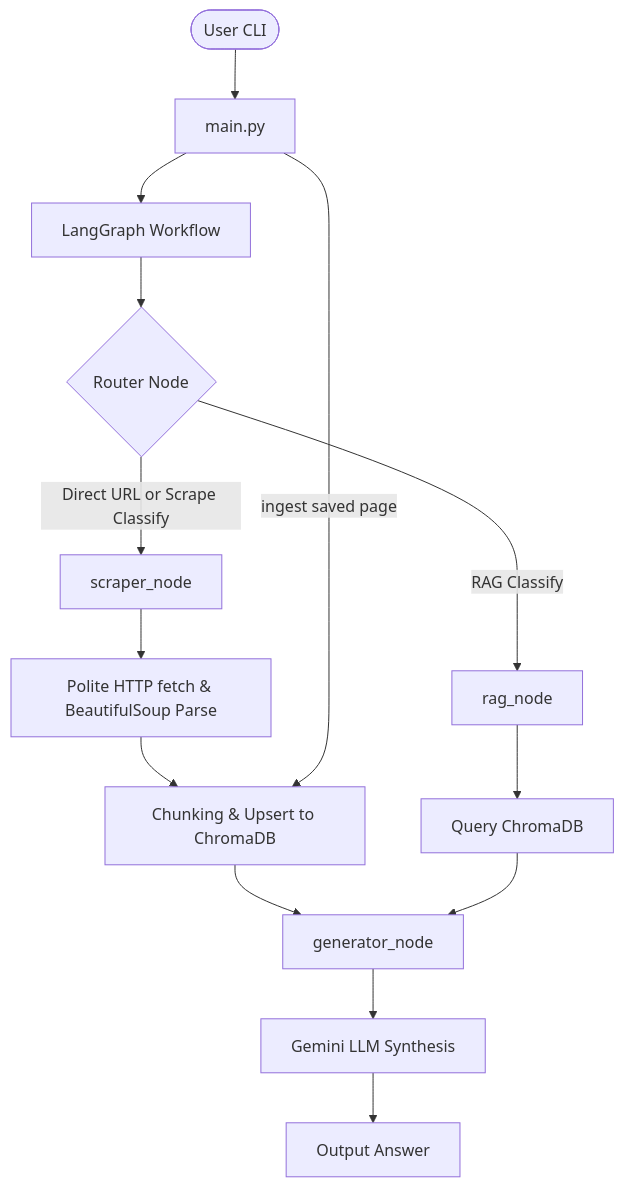
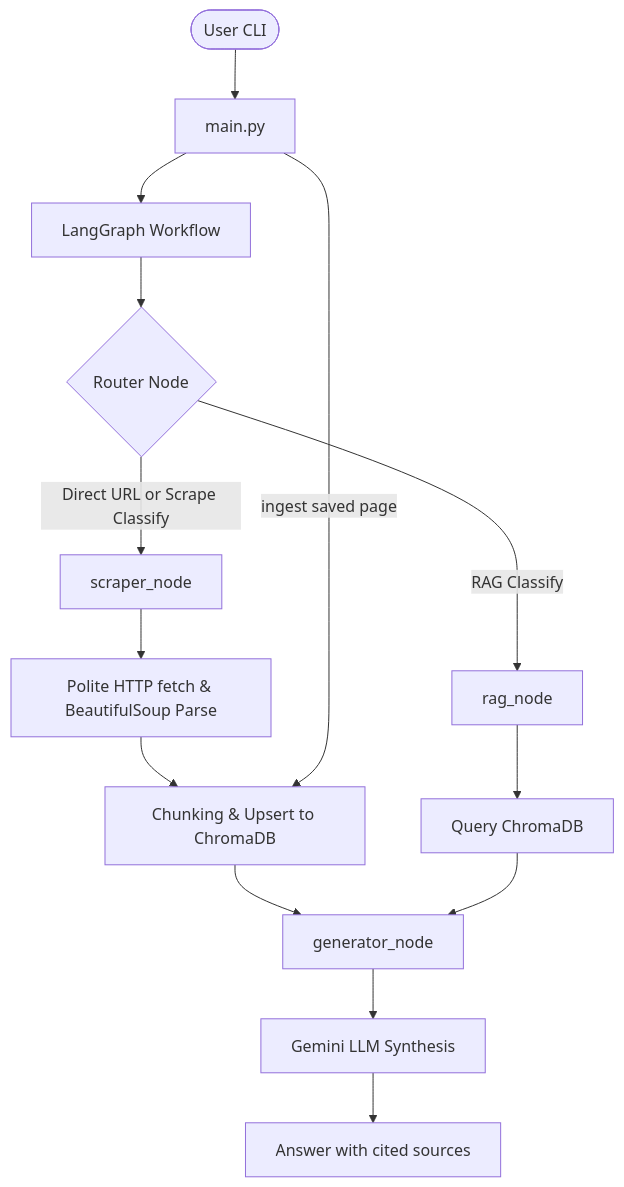
One commit to Lolavine777/rag-scrape changed the diagram in README.md. Above: the diagram before and after it, drawn with Mermaid. The commit also changed other lines of this file and 12 other files, not shown here.

````diff
--- a/README.md
+++ b/README.md
@@ -20,16 +20,16 @@
 ```mermaid
 graph TD
     User([User CLI]) --> Main[main.py]
     Main --> Graph[LangGraph Workflow]
     Graph --> Router{Router Node}
     Router -- Direct URL or Scrape Classify --> Scraper[scraper_node]
     Router -- RAG Classify --> RAG[rag_node]
     Scraper --> Fetch[Polite HTTP fetch & BeautifulSoup Parse]
     Fetch --> Index[Chunking & Upsert to ChromaDB]
     Main -- ingest saved page --> Index
     Index --> Gen[generator_node]
     RAG --> Query[Query ChromaDB]
     Query --> Gen
     Gen --> Gemini[Gemini LLM Synthesis]
-    Gemini --> Answer[Output Answer]
+    Gemini --> Answer[Answer with cited sources]
 ```
````
